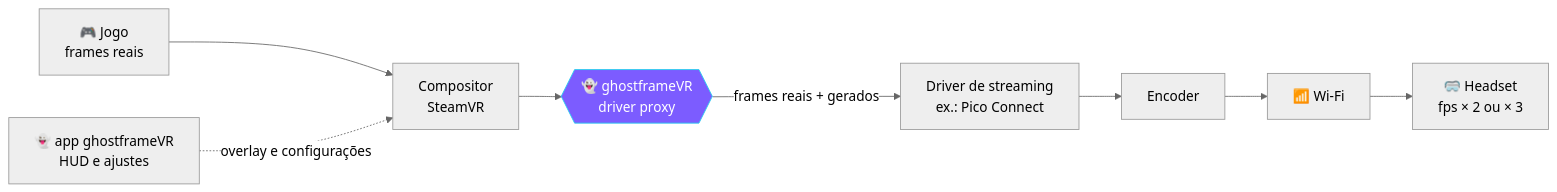
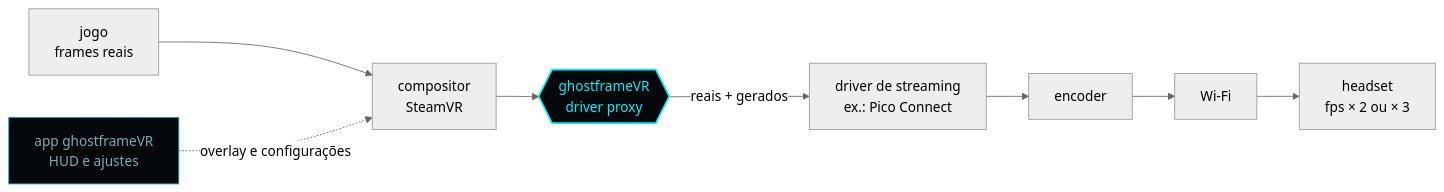
One commit to luizhc06/ghostframeVR changed the diagram in README.md. Above: the diagram before and after it, drawn with Mermaid (neutral theme). The commit also changed other lines of this file and 6 other files, not shown here.

````diff
--- a/README.md
+++ b/README.md
@@ -44,9 +43,10 @@
 ```mermaid
 flowchart LR
-    A[🎮 Jogo<br/>frames reais] --> B[Compositor<br/>SteamVR]
-    B --> C{{👻 ghostframeVR<br/>driver proxy}}
-    C -->|frames reais + gerados| D[Driver de streaming<br/>ex.: Pico Connect]
-    D --> E[Encoder] --> F[📶 Wi-Fi] --> G[🥽 Headset<br/>fps × 2 ou × 3]
-    H[👻 app ghostframeVR<br/>HUD e ajustes] -.overlay e configurações.-> B
-    style C fill:#7c5cff,stroke:#22d3ee,color:#fff
+    A[jogo<br/>frames reais] --> B[compositor<br/>SteamVR]
+    B --> C{{ghostframeVR<br/>driver proxy}}
+    C -->|reais + gerados| D[driver de streaming<br/>ex.: Pico Connect]
+    D --> E[encoder] --> F[Wi-Fi] --> G[headset<br/>fps × 2 ou × 3]
+    H[app ghostframeVR<br/>HUD e ajustes] -.overlay e configurações.-> B
+    style C fill:#05080b,stroke:#00f0ff,stroke-width:2px,color:#00f0ff
+    style H fill:#05080b,stroke:#00a0b0,color:#7fa9b3
 ```
````
